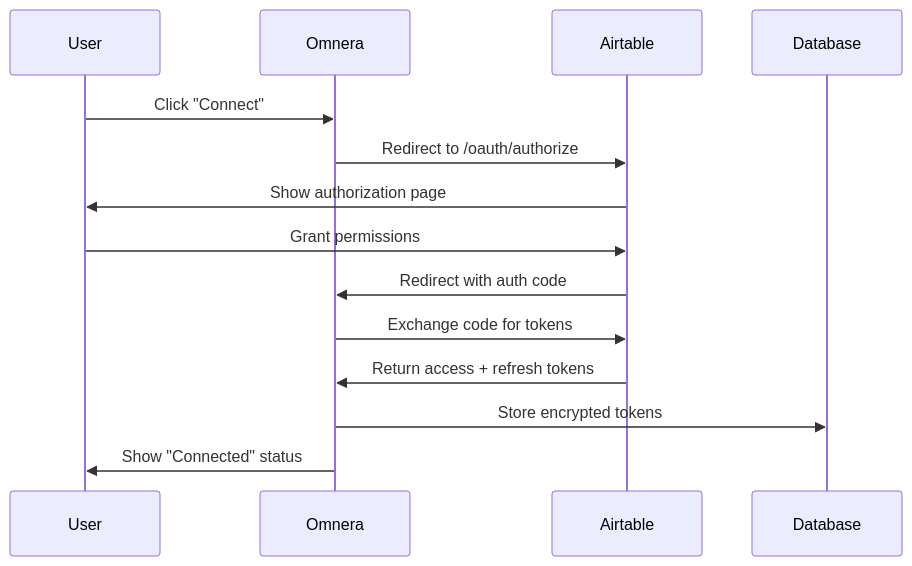
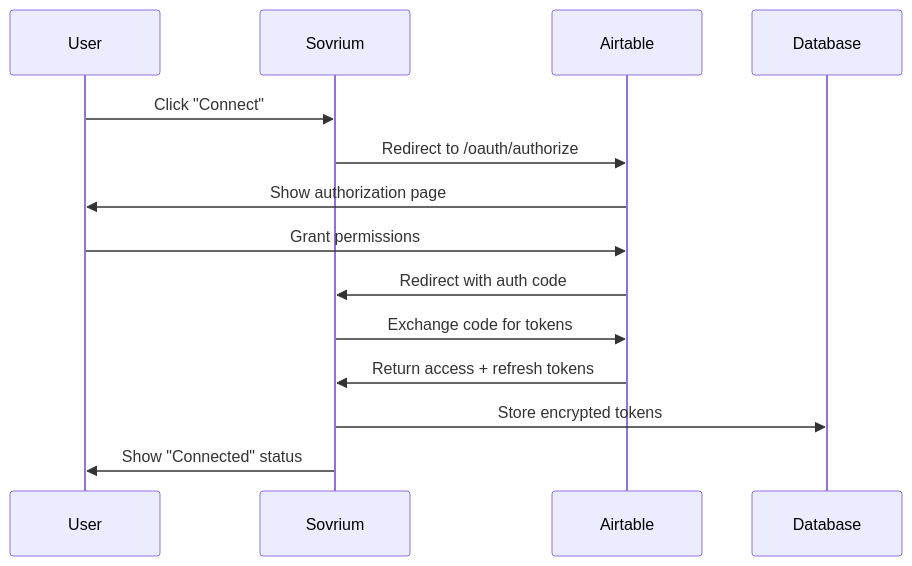
The diagram in specs/app/connections/airtable-connection/README.md (omnera-dev/omnera-v2), drawn with Mermaid before and after one commit. The commit also changed other lines of this file and 218 other files, not shown here.

````diff
--- a/specs/app/connections/airtable-connection/README.md
+++ b/specs/app/connections/airtable-connection/README.md
@@ -70,12 +70,12 @@
 ```mermaid
 sequenceDiagram
-    User->>Omnera: Click "Connect"
-    Omnera->>Airtable: Redirect to /oauth/authorize
+    User->>Sovrium: Click "Connect"
+    Sovrium->>Airtable: Redirect to /oauth/authorize
     Airtable->>User: Show authorization page
     User->>Airtable: Grant permissions
-    Airtable->>Omnera: Redirect with auth code
-    Omnera->>Airtable: Exchange code for tokens
-    Airtable->>Omnera: Return access + refresh tokens
-    Omnera->>Database: Store encrypted tokens
-    Omnera->>User: Show "Connected" status
+    Airtable->>Sovrium: Redirect with auth code
+    Sovrium->>Airtable: Exchange code for tokens
+    Airtable->>Sovrium: Return access + refresh tokens
+    Sovrium->>Database: Store encrypted tokens
+    Sovrium->>User: Show "Connected" status
 ```
````
